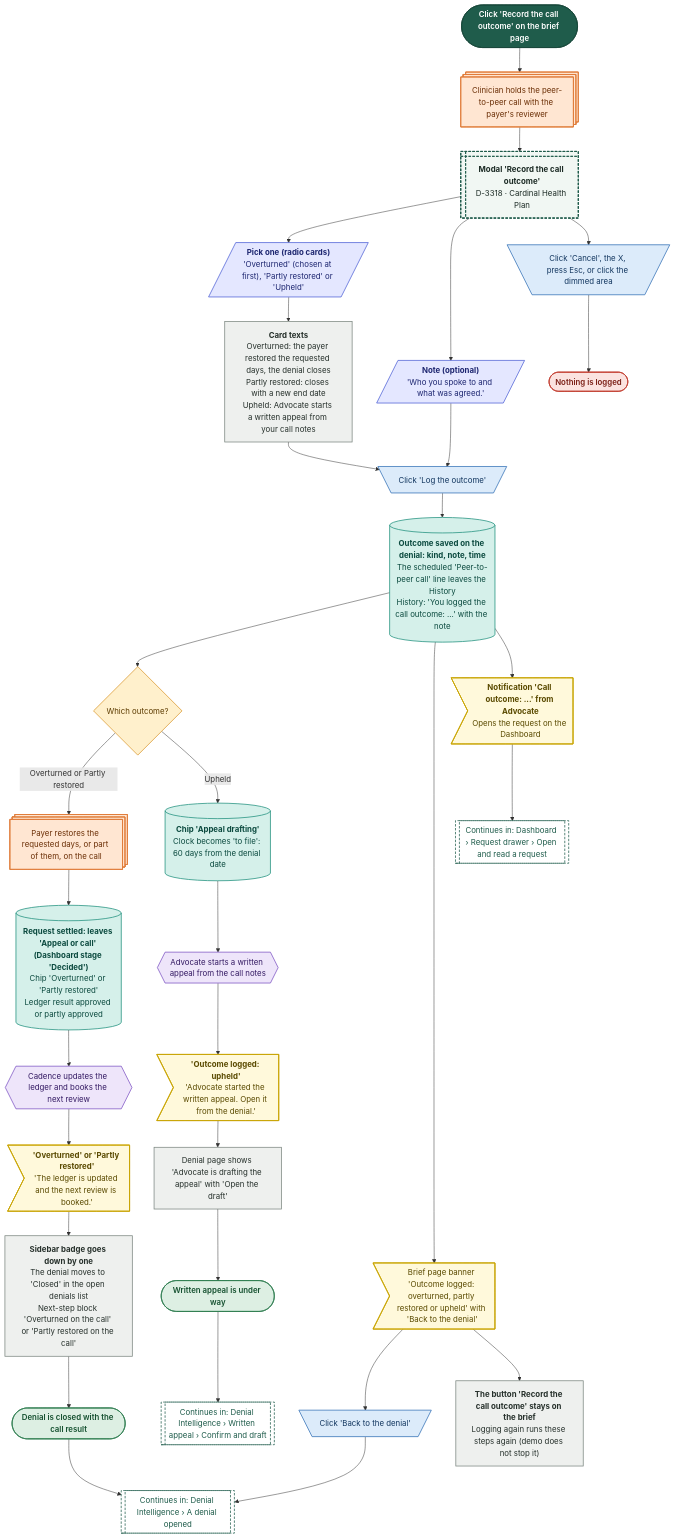
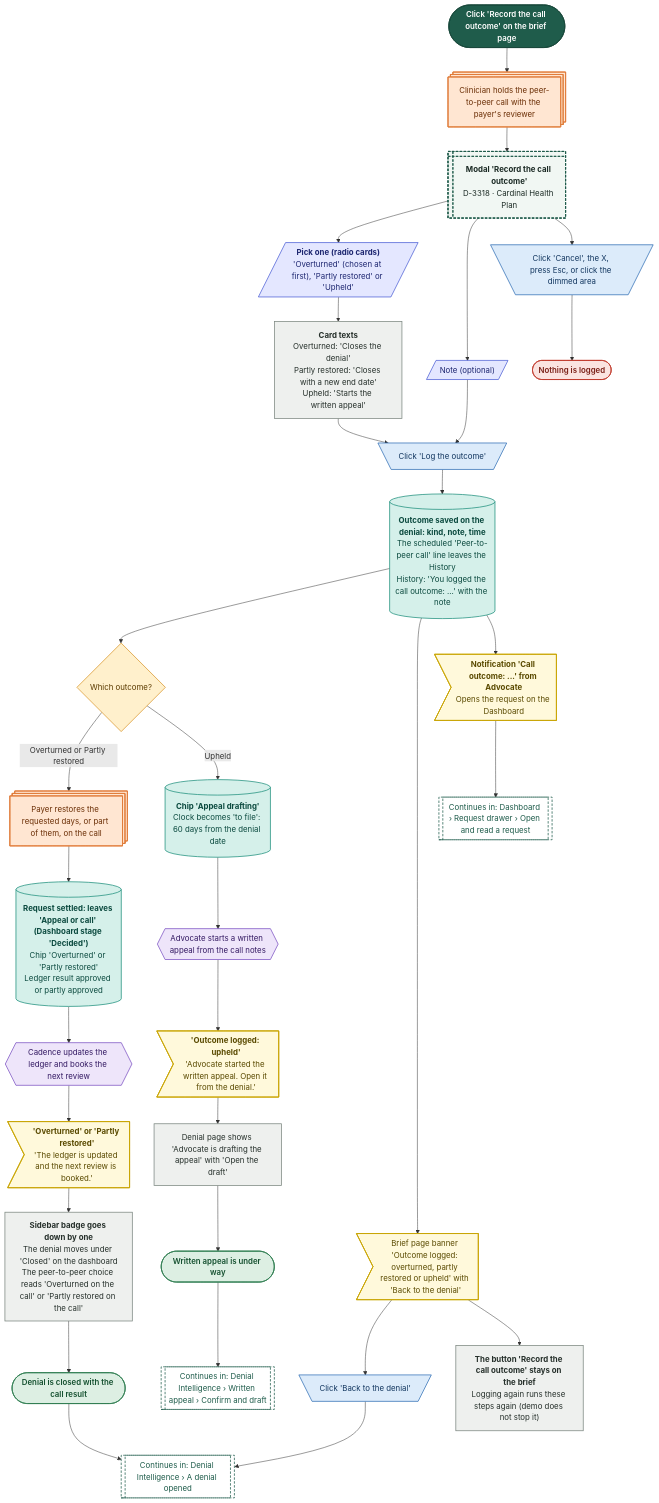
Diagram 14 of 28 in demos/prior-auth-demo/workflows/out/md/06-denials.md (Shrav143/psyfloapp), drawn with Mermaid before and after one commit. The commit also changed other lines of this file and 202 other files, not shown here.

First line of the commit message:
docs: round 6 README, CONVENTIONS, spec section 17, diagram module blurbs and 336 rebuilt diagrams

````diff
--- a/demos/prior-auth-demo/workflows/out/md/06-denials.md
+++ b/demos/prior-auth-demo/workflows/out/md/06-denials.md
@@ -1102,76 +981,76 @@
 ```mermaid
 %%{init: {"theme":"base","themeVariables":{"fontFamily":"'DM Sans', 'Segoe UI', system-ui, sans-serif","fontSize":"15px","lineColor":"#5B6B63","primaryTextColor":"#1C2B25","clusterBkg":"#FBF8F3","clusterBorder":"#D9CDBB","edgeLabelBackground":"#FFFFFF"},"flowchart":{"curve":"basis","nodeSpacing":36,"rankSpacing":48,"padding":12,"htmlLabels":true,"useMaxWidth":false,"wrappingWidth":230}} }%%
 flowchart TD
   classDef k_start fill:#1F5C4B,stroke:#174638,color:#FFFFFF,stroke-width:1.5px,font-weight:600
   classDef k_end fill:#DDEFE3,stroke:#2E7D4F,color:#14502F,stroke-width:1.5px,font-weight:600
   classDef k_endx fill:#FBE3E0,stroke:#C0392B,color:#7A1F16,stroke-width:1.5px,font-weight:600
   classDef k_screen fill:#FFFDF8,stroke:#1F5C4B,color:#1C2B25,stroke-width:2px
   classDef k_overlay fill:#F1F7F3,stroke:#1F5C4B,color:#1C2B25,stroke-width:2px,stroke-dasharray:5 3
   classDef k_click fill:#DCEBFA,stroke:#2F6DB5,color:#12365F,stroke-width:1.5px
   classDef k_input fill:#E4E7FF,stroke:#4C5FD5,color:#1D2670,stroke-width:1.5px
   classDef k_process fill:#EEF0EE,stroke:#7A857F,color:#26302B,stroke-width:1.5px
   classDef k_agent fill:#EEE5FA,stroke:#7A4FC2,color:#341A63,stroke-width:1.5px
   classDef k_decision fill:#FFF0CC,stroke:#D9962B,color:#5C3B00,stroke-width:1.5px
   classDef k_store fill:#D5F0EA,stroke:#1C8E7B,color:#0B4A3F,stroke-width:1.5px
   classDef k_doc fill:#F6E9DC,stroke:#B07A4C,color:#4A2E14,stroke-width:1.5px
   classDef k_ext fill:#FFE6D2,stroke:#E07B39,color:#6B2F06,stroke-width:1.5px
   classDef k_wait fill:#E4E8EE,stroke:#6B7C93,color:#26303D,stroke-width:1.5px
   classDef k_toast fill:#FFF9DB,stroke:#C9A400,color:#5A4A00,stroke-width:1.5px
   classDef k_goto fill:#FFFFFF,stroke:#1F5C4B,color:#1F5C4B,stroke-width:1.5px,stroke-dasharray:5 3
   s1@{ shape: stadium, label: "Click 'Record the call outcome' on the brief page" }
   x1@{ shape: st-rect, label: "Clinician holds the peer-to-peer call with the payer's reviewer" }
   o1@{ shape: win-pane, label: "<b>Modal 'Record the call outcome'</b><br/>D-3318 · Cardinal Health Plan" }
   i1@{ shape: lean-r, label: "<b>Pick one (radio cards)</b><br/>'Overturned' (chosen at first), 'Partly restored' or 'Upheld'" }
-  p1@{ shape: rect, label: "<b>Card texts</b><br/>Overturned: the payer restored the requested days, the denial closes<br/>Partly restored: closes with a new end date<br/>Upheld: Advocate starts a written appeal from your call notes" }
-  i2@{ shape: lean-r, label: "<b>Note (optional)</b><br/>'Who you spoke to and what was agreed.'" }
+  p1@{ shape: rect, label: "<b>Card texts</b><br/>Overturned: 'Closes the denial'<br/>Partly restored: 'Closes with a new end date'<br/>Upheld: 'Starts the written appeal'" }
+  i2@{ shape: lean-r, label: "Note (optional)" }
   c1@{ shape: trap-t, label: "Click 'Log the outcome'" }
   c2@{ shape: trap-t, label: "Click 'Cancel', the X, press Esc, or click the dimmed area" }
   e1@{ shape: stadium, label: "Nothing is logged" }
   st0@{ shape: cyl, label: "<b>Outcome saved on the denial: kind, note, time</b><br/>The scheduled 'Peer-to-peer call' line leaves the History<br/>History: 'You logged the call outcome: ...' with the note" }
   d1@{ shape: diam, label: "Which outcome?" }
   st1@{ shape: cyl, label: "<b>Request settled: leaves 'Appeal or call' (Dashboard stage 'Decided')</b><br/>Chip 'Overturned' or 'Partly restored'<br/>Ledger result approved or partly approved" }
   x2@{ shape: st-rect, label: "Payer restores the requested days, or part of them, on the call" }
   a1@{ shape: hex, label: "Cadence updates the ledger and books the next review" }
   t1@{ shape: odd, label: "<b>'Overturned' or 'Partly restored'</b><br/>'The ledger is updated and the next review is booked.'" }
-  p2@{ shape: rect, label: "<b>Sidebar badge goes down by one</b><br/>The denial moves to 'Closed' in the open denials list<br/>Next-step block 'Overturned on the call' or 'Partly restored on the call'" }
+  p2@{ shape: rect, label: "<b>Sidebar badge goes down by one</b><br/>The denial moves under 'Closed' on the dashboard<br/>The peer-to-peer choice reads 'Overturned on the call' or 'Partly restored on the call'" }
   st2@{ shape: cyl, label: "<b>Chip 'Appeal drafting'</b><br/>Clock becomes 'to file': 60 days from the denial date" }
   a2@{ shape: hex, label: "Advocate starts a written appeal from the call notes" }
   t2@{ shape: odd, label: "<b>'Outcome logged: upheld'</b><br/>'Advocate started the written appeal. Open it from the denial.'" }
   p3@{ shape: rect, label: "Denial page shows 'Advocate is drafting the appeal' with 'Open the draft'" }
   t3@{ shape: odd, label: "Brief page banner 'Outcome logged: overturned, partly restored or upheld' with 'Back to the denial'" }
   t4@{ shape: odd, label: "<b>Notification 'Call outcome: ...' from Advocate</b><br/>Opens the request on the Dashboard" }
   c3@{ shape: trap-t, label: "Click 'Back to the denial'" }
   p4@{ shape: rect, label: "<b>The button 'Record the call outcome' stays on the brief</b><br/>Logging again runs these steps again (demo does not stop it)" }
   g1@{ shape: subproc, label: "Continues in: Denial Intelligence › A denial opened" }
   g2@{ shape: subproc, label: "Continues in: Denial Intelligence › Written appeal › Confirm and draft" }
   g3@{ shape: subproc, label: "Continues in: Dashboard › Request drawer › Open and read a request" }
   e2@{ shape: stadium, label: "Denial is closed with the call result" }
   e3@{ shape: stadium, label: "Written appeal is under way" }
   s1 --> x1 --> o1
   o1 --> i1 --> p1
   o1 --> i2
   p1 --> c1
   i2 --> c1
   o1 --> c2 --> e1
   c1 --> st0 --> d1
   d1 -->|"Overturned or Partly restored"| x2 --> st1 --> a1 --> t1 --> p2 --> e2
   d1 -->|"Upheld"| st2 --> a2 --> t2 --> p3 --> e3
   st0 --> t3 --> c3 --> g1
   st0 --> t4 --> g3
   e3 --> g2
   e2 --> g1
   t3 --> p4
   class s1 k_start
   class x1,x2 k_ext
   class o1 k_overlay
   class i1,i2 k_input
   class p1,p2,p3,p4 k_process
   class c1,c2,c3 k_click
   class e1 k_endx
   class st0,st1,st2 k_store
   class d1 k_decision
   class a1,a2 k_agent
   class t1,t2,t3,t4 k_toast
   class g1,g2,g3 k_goto
   class e2,e3 k_end
 ```
````
